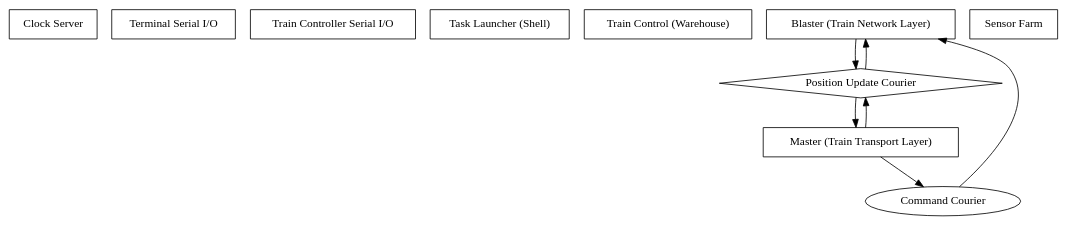
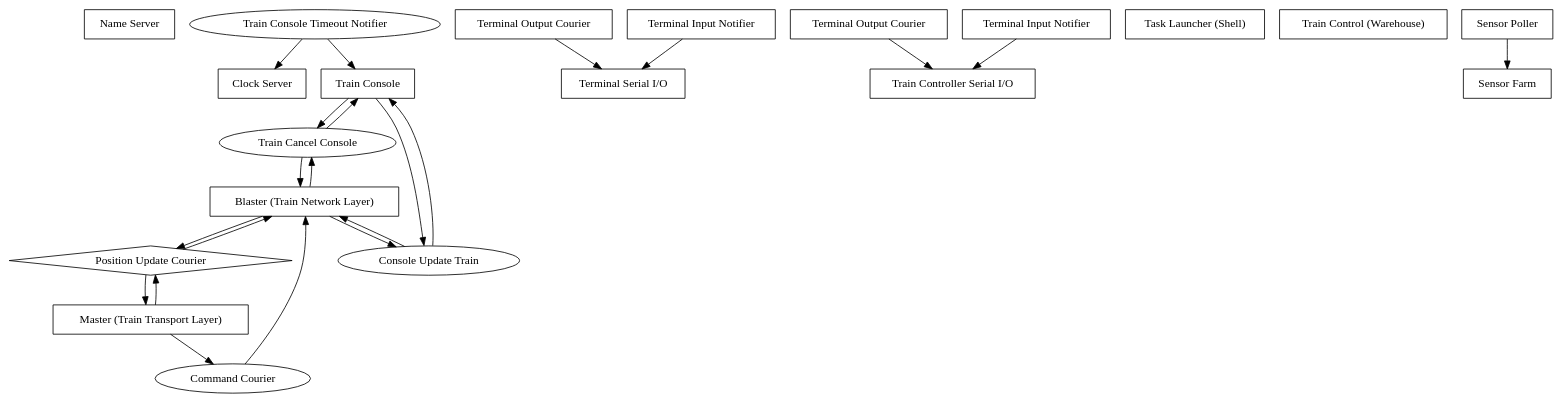
The diagram in report/tasks.dot (ferrous26/cs452-flaming-meme), drawn with Graphviz before and after one commit.

Commit message:
added the train console to graph

```diff
--- a/report/tasks.dot
+++ b/report/tasks.dot
@@ -1,21 +1,51 @@
 digraph tasks {
+  name_server   [label = "Name Server", shape = record]
+  clock_server  [label = "Clock Server", shape = record];
 
-  clock_server  [label = "Clock Server", shape = record];
-  term_server   [label = "Terminal Serial I/O", shape = record];
-  train_server  [label = "Train Controller Serial I/O", shape = record];
+ subgraph {
+    term_server      [label = "Terminal Serial I/O", shape = record];
+    term_out_carrier [label = "Terminal Output Courier", shape = record];
+    term_in_notifier [label = "Terminal Input Notifier", shape = record];
+    
+    term_out_carrier -> term_server;
+    term_in_notifier -> term_server;
+  }
+  subgraph {
+    train_server  [label = "Train Controller Serial I/O", shape = record];
+    train_out_carrier [label = "Terminal Output Courier", shape = record];
+    train_in_notifier [label = "Terminal Input Notifier", shape = record];
+
+    train_out_carrier -> train_server;
+    train_in_notifier -> train_server;
+  }
 
   task_launcher [label = "Task Launcher (Shell)", shape = record];
 
   train_control [label = "Train Control (Warehouse)", shape = record];
   blaster       [label = "Blaster (Train Network Layer)", shape = record];
   master        [label = "Master (Train Transport Layer)", shape = record];
 
   mb_command_courier [label = "Command Courier", shape = oval];
   master -> mb_command_courier -> blaster;
-  
   mb_location_courier [label = "Position Update Courier", shape = diamond];
   master -> mb_location_courier -> blaster -> mb_location_courier -> master;
 
+  sensor_poll   [label = "Sensor Poller", shape = record];
   sensor_farm   [label = "Sensor Farm", shape = record];
 
+  train_console     [label = "Train Console", shape = record];
+  bl_console_reject [label = "Train Cancel Console", shape = oval]; 
+  tc_blaster_notify [label = "Console Update Train", shape = oval];
+  tc_timer_notify  [label = "Train Console Timeout Notifier", shape = oval];
+  
+  train_console -> tc_blaster_notify -> blaster -> tc_blaster_notify -> train_console; 
+  blaster       -> bl_console_reject -> train_console -> bl_console_reject -> blaster;
+
+  tc_timer_notify -> clock_server;
+  tc_timer_notify -> train_console;
+
+  sensor_poll -> sensor_farm
+
+
+
 }
```
